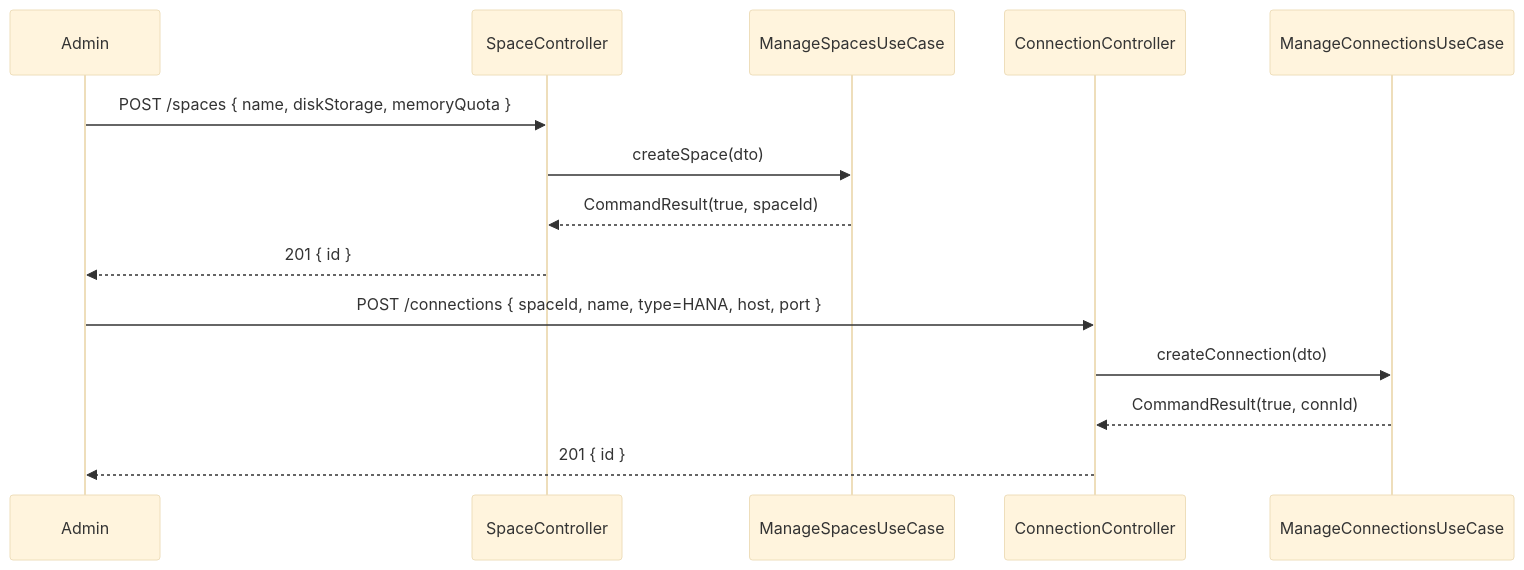
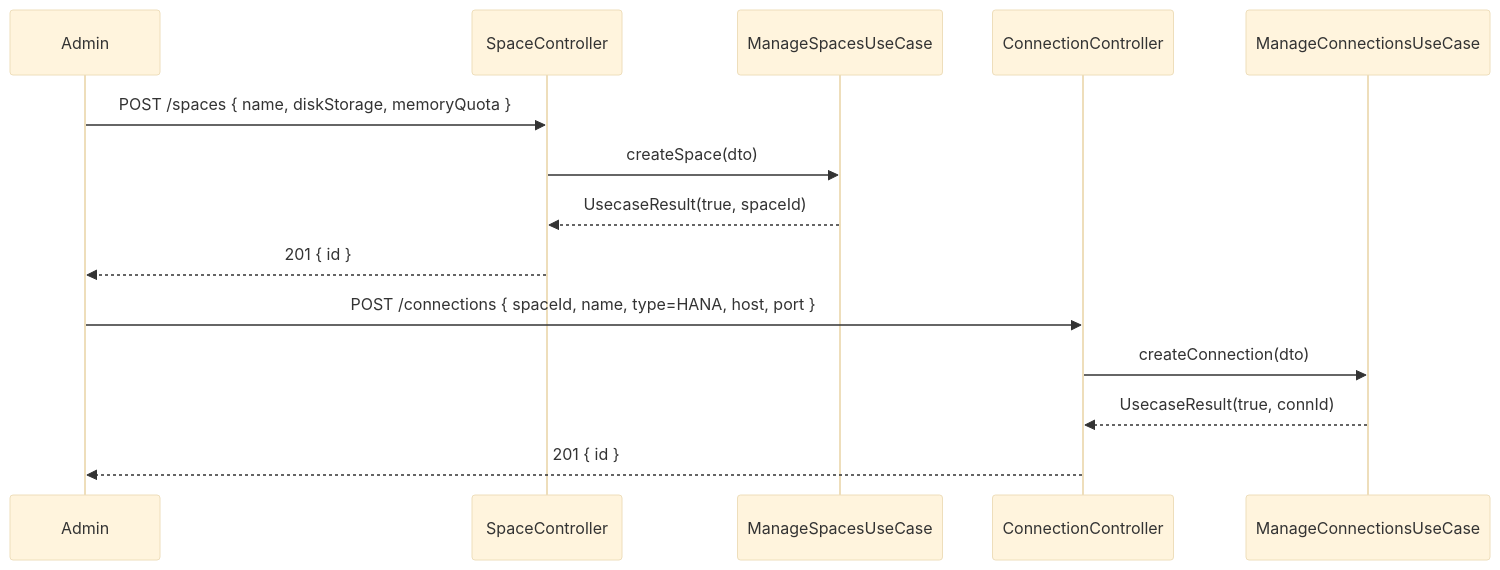
Before and after one commit to UIMSolutions/uim-platform: the third of 3 diagrams in datasphere/UML.md, drawn with Mermaid (base theme). The commit also changed 907 other files, not shown here.

Commit message:
Rename CommandResult

````diff
--- a/datasphere/UML.md
+++ b/datasphere/UML.md
@@ -153,18 +153,18 @@
 ```mermaid
 sequenceDiagram
     participant Admin
     participant SC as SpaceController
     participant SUC as ManageSpacesUseCase
     participant CC as ConnectionController
     participant CUC as ManageConnectionsUseCase
 
     Admin->>SC: POST /spaces { name, diskStorage, memoryQuota }
     SC->>SUC: createSpace(dto)
-    SUC-->>SC: CommandResult(true, spaceId)
+    SUC-->>SC: UsecaseResult(true, spaceId)
     SC-->>Admin: 201 { id }
 
     Admin->>CC: POST /connections { spaceId, name, type=HANA, host, port }
     CC->>CUC: createConnection(dto)
-    CUC-->>CC: CommandResult(true, connId)
+    CUC-->>CC: UsecaseResult(true, connId)
     CC-->>Admin: 201 { id }
 ```
````
